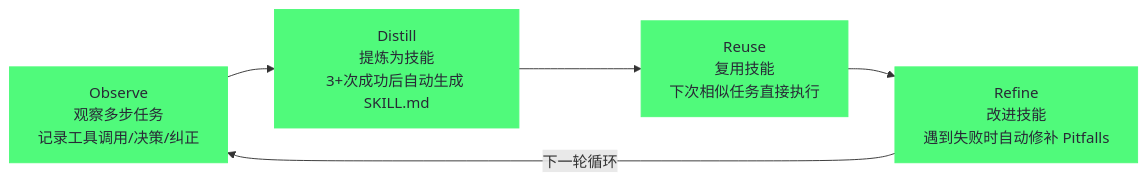
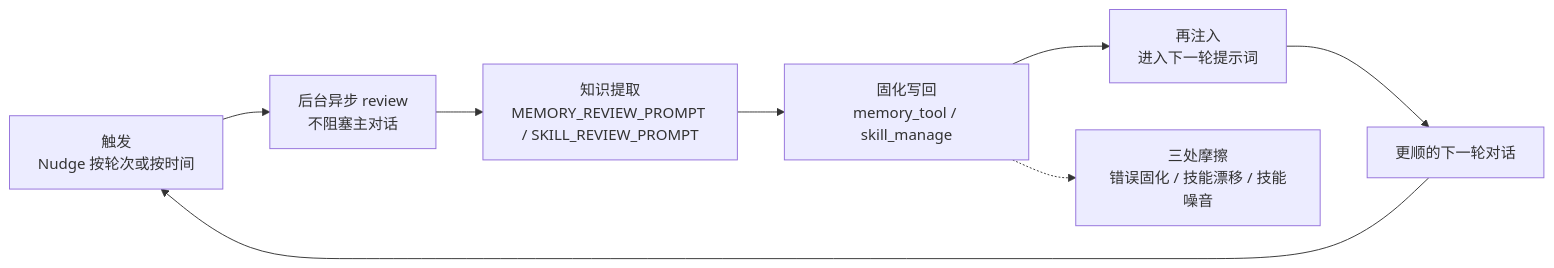
The fourth of 5 diagrams in content/LLM/Hermes-Agent/01 Hermes Agent 全景——自改进 Agent 的设计哲学.md (hpliStartAgain/my-brain), drawn with Mermaid before and after one commit. The commit also changed other lines of this file and 259 other files, not shown here.

````diff
--- a/content/LLM/Hermes-Agent/01 Hermes Agent 全景——自改进 Agent 的设计哲学.md
+++ b/content/LLM/Hermes-Agent/01 Hermes Agent 全景——自改进 Agent 的设计哲学.md
@@ -120,11 +244,11 @@
 ```mermaid
 %%{init: {'theme': 'dracula'}}%%
-graph LR
-    O["Observe<br/>观察多步任务<br/>记录工具调用/决策/纠正"] --> D["Distill<br/>提炼为技能<br/>3+次成功后自动生成 SKILL.md"]
-    D --> R["Reuse<br/>复用技能<br/>下次相似任务直接执行"]
-    R --> F["Refine<br/>改进技能<br/>遇到失败时自动修补 Pitfalls"]
-    F -->|下一轮循环| O
-
-    classDef phase fill:#50fa7b,stroke:#50fa7b,color:#282a36
-    class O,D,R,F phase
+flowchart LR
+    T["触发<br/>Nudge 按轮次或按时间"] --> R["后台异步 review<br/>不阻塞主对话"]
+    R --> E["知识提取<br/>MEMORY_REVIEW_PROMPT / SKILL_REVIEW_PROMPT"]
+    E --> P["固化写回<br/>memory_tool / skill_manage"]
+    P --> I["再注入<br/>进入下一轮提示词"]
+    I --> X["更顺的下一轮对话"]
+    X --> T
+    P -.-> F["三处摩擦<br/>错误固化 / 技能漂移 / 技能噪音"]
 ```
````
